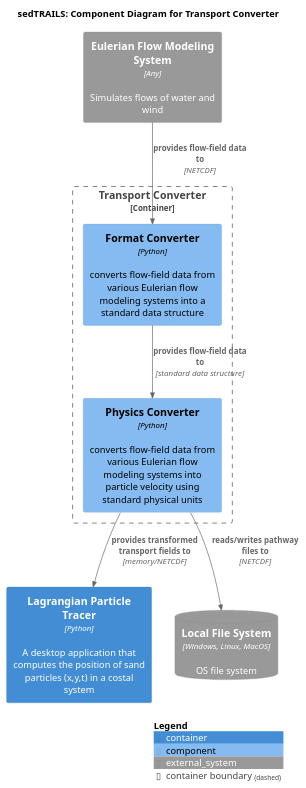
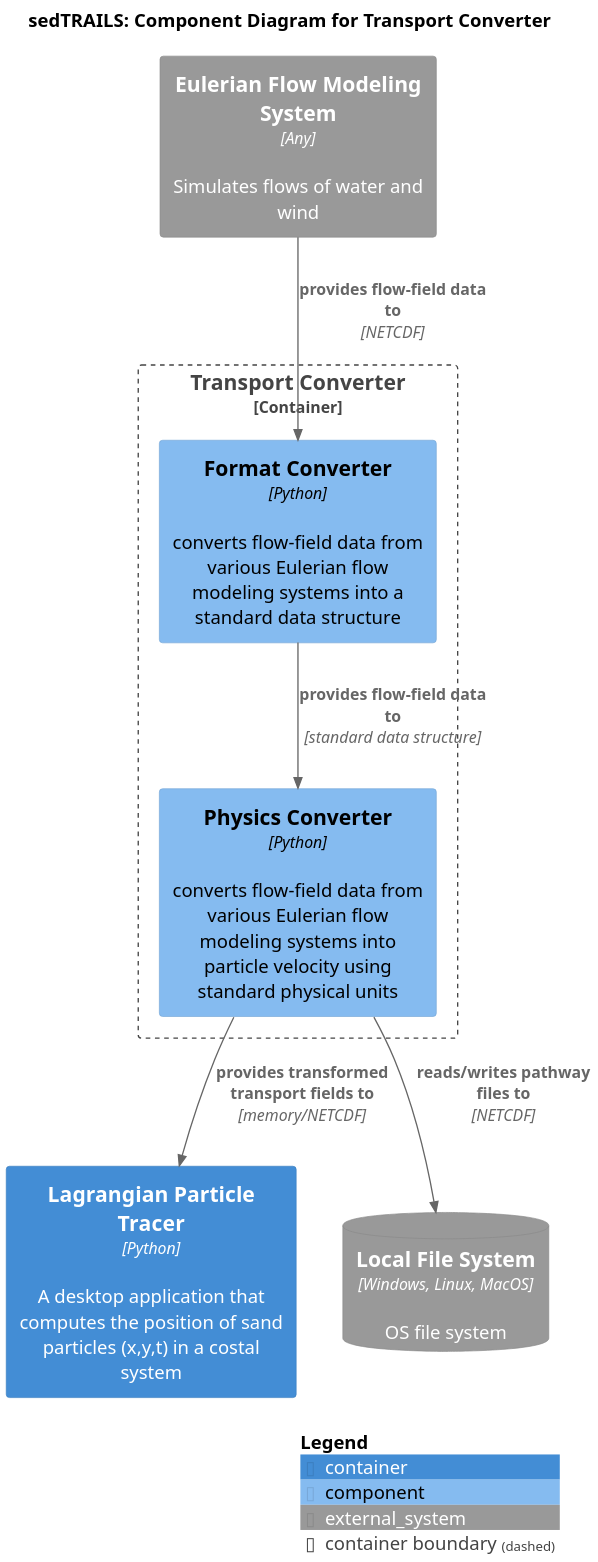
One commit to sgpearson17/sedtrails-sgp changed the diagram in diagrams/componets-converter-app.puml. Above: the diagram before and after it, drawn with PlantUML. The commit also changed 9 other files, not shown here.

Commit message:
update component diagram titles and scales for clarity across multiple applications

```diff
--- a/diagrams/componets-converter-app.puml
+++ b/diagrams/componets-converter-app.puml
@@ -1,28 +1,28 @@
-@startuml SedtrailComponent
+@startuml SedtrailComponentsConverter
 !include ./c4/C4_Component.puml
 
 ' LAYOUT_LANDSCAPE()
 
 title sedTRAILS: Component Diagram for Transport Converter
-scale 1
+scale 2
 
 Container_Boundary(transportConverter, "Transport Converter"){ 
     Component(formatConverter, "Format Converter", "Python", "converts flow-field data from various Eulerian flow modeling systems into a standard data structure")
     Component(physicsConverter, "Physics Converter", "Python", "converts flow-field data from various Eulerian flow modeling systems into particle velocity using standard physical units")
         
     Rel(formatConverter, physicsConverter, "provides flow-field data to", "standard data structure")
 }
 
 Container(particleTracer, "Lagrangian Particle Tracer", "Python", "A desktop application that computes the position of sand particles (x,y,t) in a costal system")
 
 System_Ext(flowSystem, "Eulerian Flow Modeling System", "Simulates flows of water and wind", $type="Any")
 SystemDb_Ext(fileSystem, "Local File System", "OS file system", $type="Windows, Linux, MacOS")
 
 Rel(physicsConverter, particleTracer, "provides transformed transport fields to", "memory/NETCDF")
 Rel(physicsConverter, fileSystem, "reads/writes pathway files to", "NETCDF")
 
 Rel(flowSystem, formatConverter, "provides flow-field data to ", "NETCDF")
 
 
 SHOW_LEGEND()
 @enduml
```
